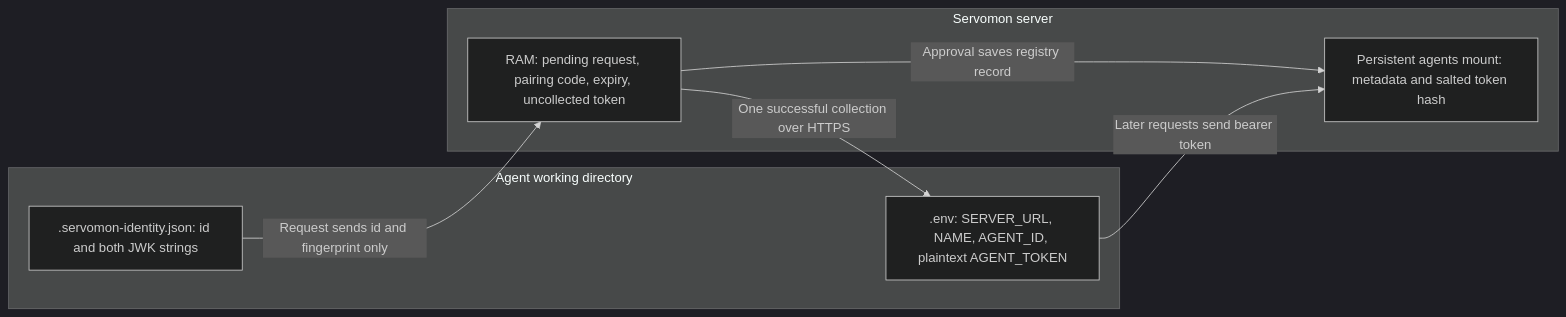
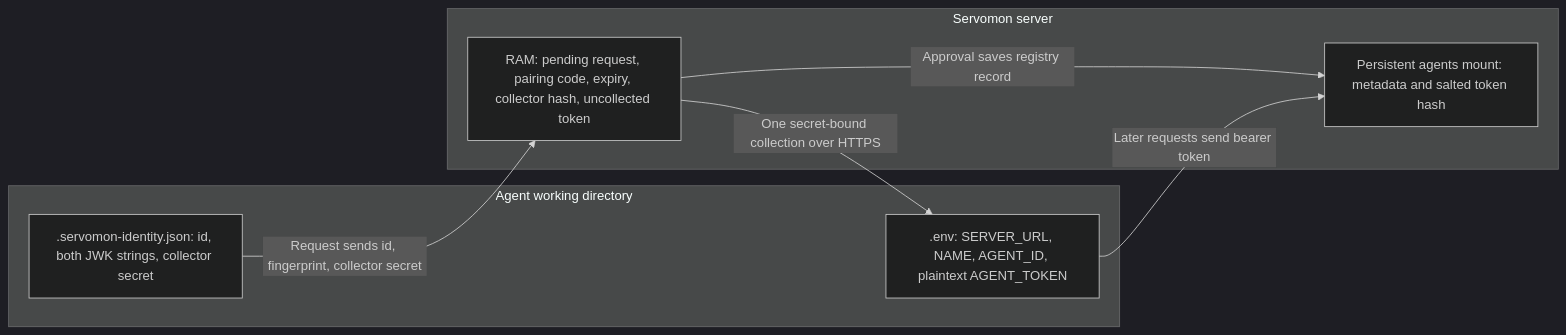
One commit to nirjan-dev/servomon changed the fourth of 4 diagrams in docs/agent-enrollment.md. Above: the diagram before and after it, drawn with Mermaid (dark theme). The commit also changed other lines of this file and 17 other files, not shown here.

````diff
--- a/docs/agent-enrollment.md
+++ b/docs/agent-enrollment.md
@@ -168,15 +168,15 @@
 ```mermaid
 flowchart LR
     subgraph AgentMachine["Agent working directory"]
-        I[".servomon-identity.json: id and both JWK strings"]
+        I[".servomon-identity.json: id, both JWK strings, collector secret"]
         E[".env: SERVER_URL, NAME, AGENT_ID, plaintext AGENT_TOKEN"]
     end
     subgraph ServerProcess["Servomon server"]
-        M["RAM: pending request, pairing code, expiry, uncollected token"]
+        M["RAM: pending request, pairing code, expiry, collector hash, uncollected token"]
         D["Persistent agents mount: metadata and salted token hash"]
     end
-    I -->|"Request sends id and fingerprint only"| M
+    I -->|"Request sends id, fingerprint, collector secret"| M
     M -->|"Approval saves registry record"| D
-    M -->|"One successful collection over HTTPS"| E
+    M -->|"One secret-bound collection over HTTPS"| E
     E -->|"Later requests send bearer token"| D
 ```
````
